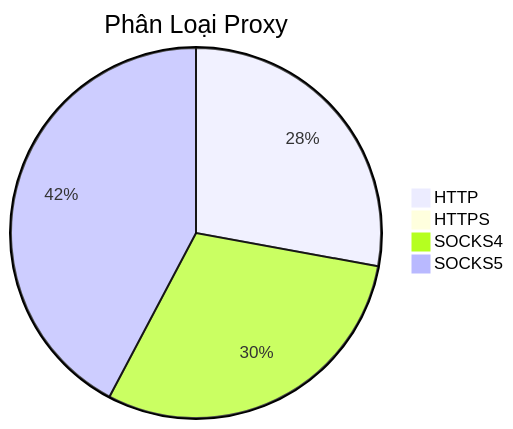
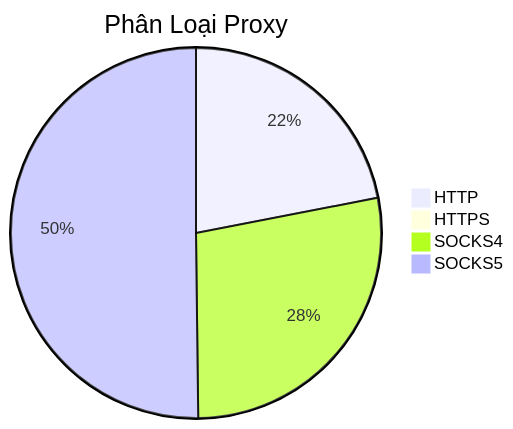
One commit to Ciara-Aa/PROXY-free changed the diagram in README.md. Above: the diagram before and after it, drawn with Mermaid. The commit also changed other lines of this file and 4 other files, not shown here.

````diff
--- a/README.md
+++ b/README.md
@@ -26,7 +26,7 @@
 ```mermaid
 pie title Phân Loại Proxy
-    "HTTP" : 254
-    "HTTPS" : 3
-    "SOCKS4" : 272
-    "SOCKS5" : 385
+    "HTTP" : 171
+    "HTTPS" : 2
+    "SOCKS4" : 217
+    "SOCKS5" : 391
 ```
````
